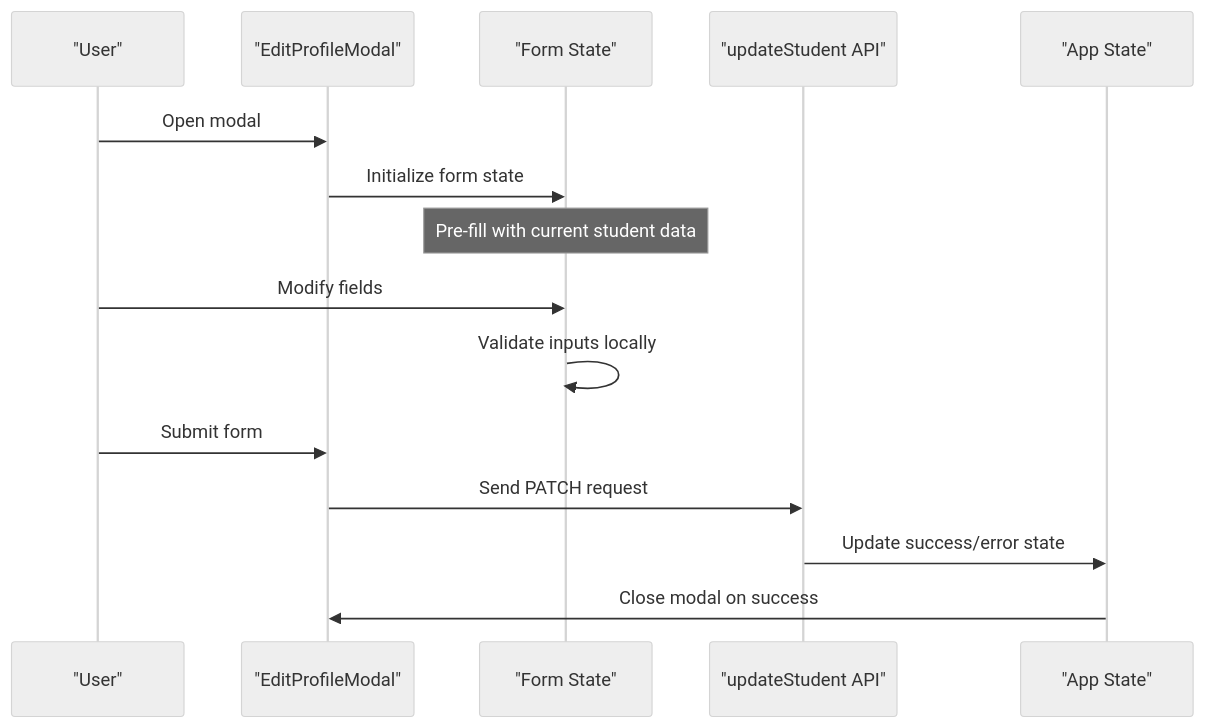
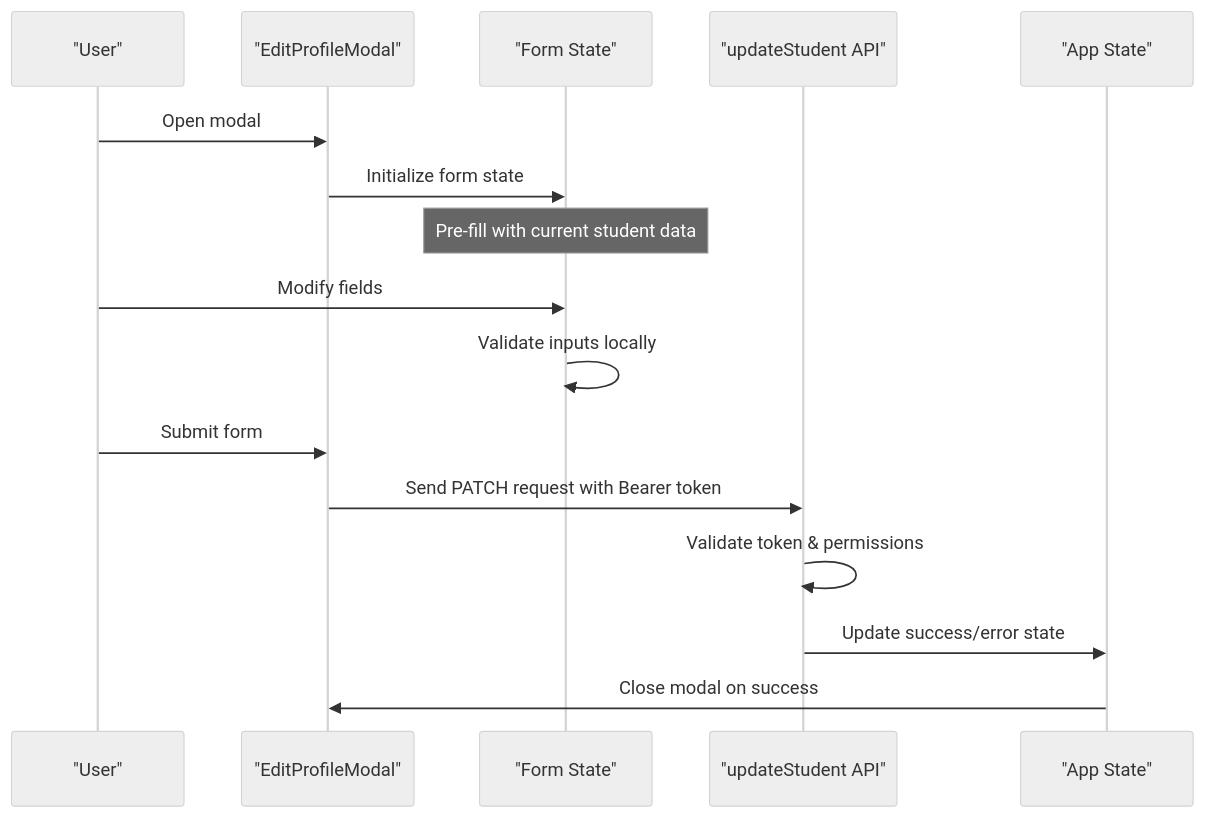
Before and after one commit to Alishba-Moin/CareerCompass: the fifth of 8 diagrams in .qoder/repowiki/en/content/Core Features/Profile Management System.md, drawn with Mermaid (neutral theme). The commit also changed other lines of this file and 17 other files, not shown here.

````diff
--- a/.qoder/repowiki/en/content/Core Features/Profile Management System.md
+++ b/.qoder/repowiki/en/content/Core Features/Profile Management System.md
@@ -258,17 +380,18 @@
 ```mermaid
 sequenceDiagram
 participant User as "User"
 participant Modal as "EditProfileModal"
 participant Form as "Form State"
 participant API as "updateStudent API"
 participant App as "App State"
 User->>Modal : Open modal
 Modal->>Form : Initialize form state
 Note over Form : Pre-fill with current student data
 User->>Form : Modify fields
 Form->>Form : Validate inputs locally
 User->>Modal : Submit form
-Modal->>API : Send PATCH request
+Modal->>API : Send PATCH request with Bearer token
+API->>API : Validate token & permissions
 API->>App : Update success/error state
 App->>Modal : Close modal on success
 ```
````
